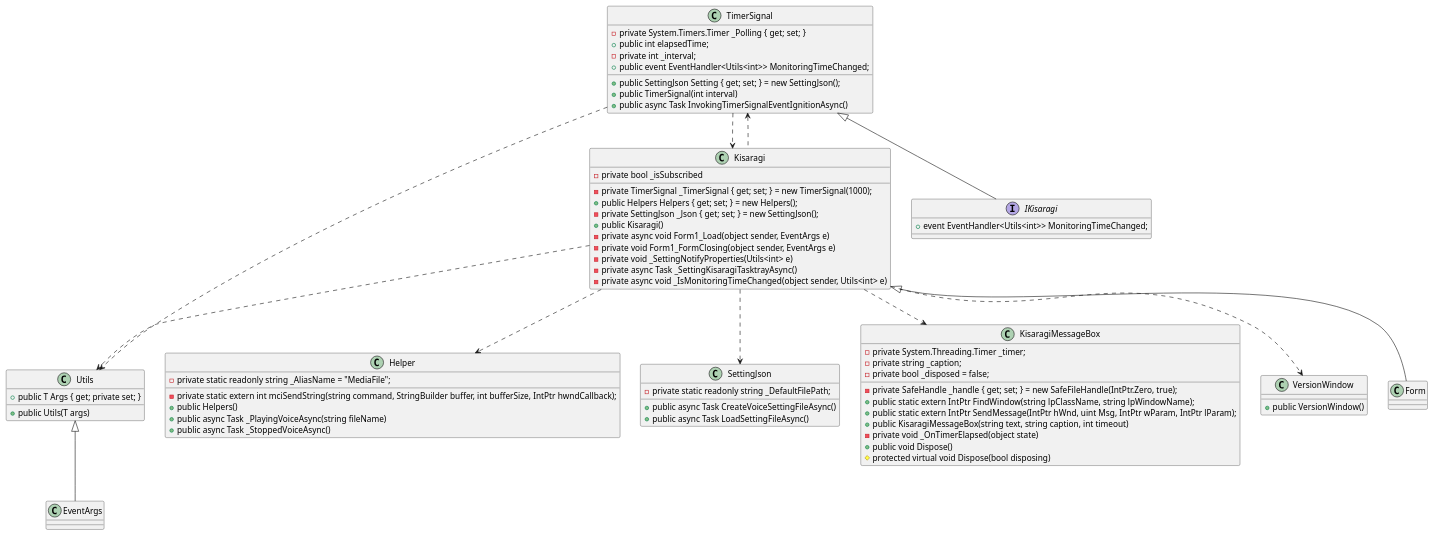
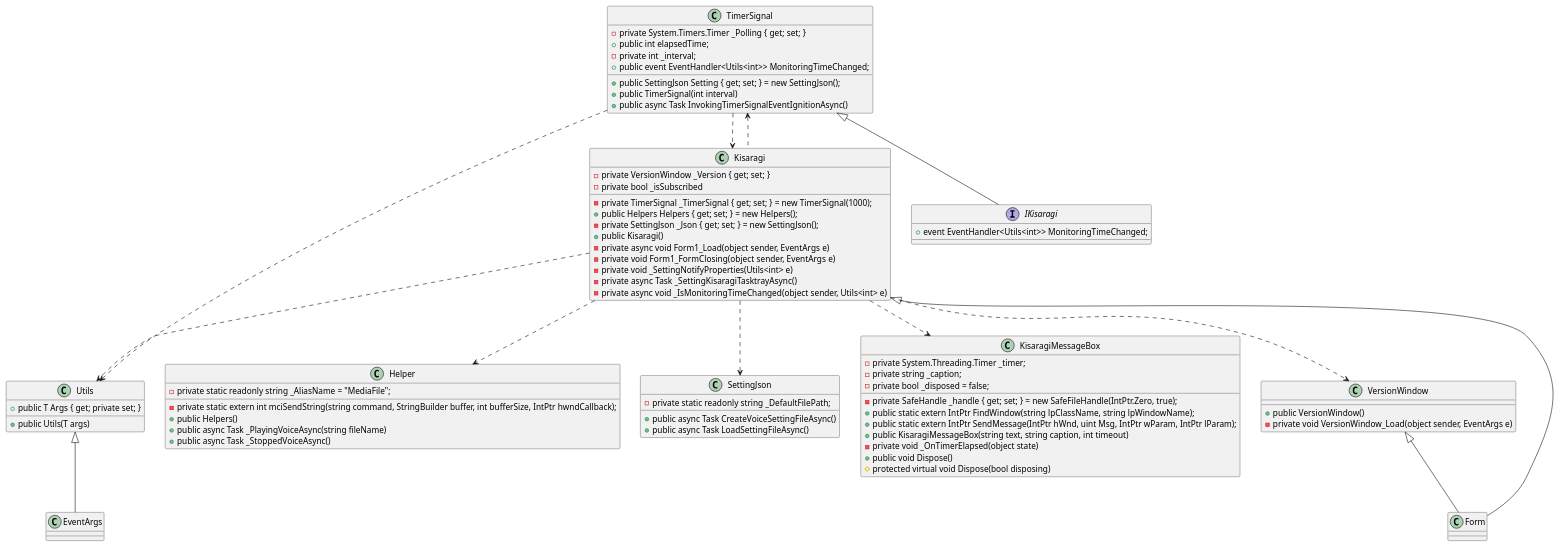
One commit to Asteriskx/Kisaragi changed the diagram in Kisaragi UMLDiagram/Kisaragi.pu. Above: the diagram before and after it, drawn with PlantUML. The commit also changed 1 other file, not shown here.

Commit message:
[wip] refactoring for Kisaragi.pu and UML Diagram.
[wip] refactoring for Kisaragi.pu and UML Diagram.

```diff
--- a/Kisaragi UMLDiagram/Kisaragi.pu
+++ b/Kisaragi UMLDiagram/Kisaragi.pu
@@ -1,80 +1,82 @@
 @startuml kisaragi
 
 class Kisaragi {
     - private TimerSignal _TimerSignal { get; set; } = new TimerSignal(1000);
     + public Helpers Helpers { get; set; } = new Helpers();
     - private SettingJson _Json { get; set; } = new SettingJson();
+    - private VersionWindow _Version { get; set; }
     - private bool _isSubscribed
 
     + public Kisaragi()
     - private async void Form1_Load(object sender, EventArgs e)
     - private void Form1_FormClosing(object sender, EventArgs e)
     - private void _SettingNotifyProperties(Utils<int> e)
     - private async Task _SettingKisaragiTasktrayAsync()
     - private async void _IsMonitoringTimeChanged(object sender, Utils<int> e)
 }
 
 class TimerSignal {
     + public SettingJson Setting { get; set; } = new SettingJson();
     - private System.Timers.Timer _Polling { get; set; }
     + public int elapsedTime;
     - private int _interval;
     + public event EventHandler<Utils<int>> MonitoringTimeChanged;
     + public TimerSignal(int interval)
     + public async Task InvokingTimerSignalEventIgnitionAsync()
 }
 
 class Helper {
     - private static readonly string _AliasName = "MediaFile";
     - private static extern int mciSendString(string command, StringBuilder buffer, int bufferSize, IntPtr hwndCallback);
     + public Helpers()
     + public async Task _PlayingVoiceAsync(string fileName)
     + public async Task _StoppedVoiceAsync()
 }
 
 class Utils {
     + public Utils(T args)
     + public T Args { get; private set; }
 }
 
 class SettingJson {
     - private static readonly string _DefaultFilePath;
     + public async Task CreateVoiceSettingFileAsync()
     + public async Task LoadSettingFileAsync()
 }
 
 class KisaragiMessageBox {
     - private System.Threading.Timer _timer;
     - private string _caption;
     - private bool _disposed = false;
     - private SafeHandle _handle { get; set; } = new SafeFileHandle(IntPtr.Zero, true);
     + public static extern IntPtr FindWindow(string lpClassName, string lpWindowName);
     + public static extern IntPtr SendMessage(IntPtr hWnd, uint Msg, IntPtr wParam, IntPtr lParam);
     + public KisaragiMessageBox(string text, string caption, int timeout)
     - private void _OnTimerElapsed(object state)
     + public void Dispose()
     # protected virtual void Dispose(bool disposing)
 }
 
 class VersionWindow {
     + public VersionWindow()
+    - private void VersionWindow_Load(object sender, EventArgs e)
 }
 
 interface IKisaragi {
     + event EventHandler<Utils<int>> MonitoringTimeChanged;
 }
 
 Kisaragi <|-- Form
 Kisaragi ..> SettingJson
 Kisaragi ..> Helper
 Kisaragi ..> Utils
 Kisaragi ..> KisaragiMessageBox
 Kisaragi ..> VersionWindow
 TimerSignal ..> Utils
 TimerSignal ..> Kisaragi
 TimerSignal <.. Kisaragi
 TimerSignal <|-- IKisaragi
 Utils <|-- EventArgs
-
+VersionWindow <|-- Form
 
 @enduml
```
